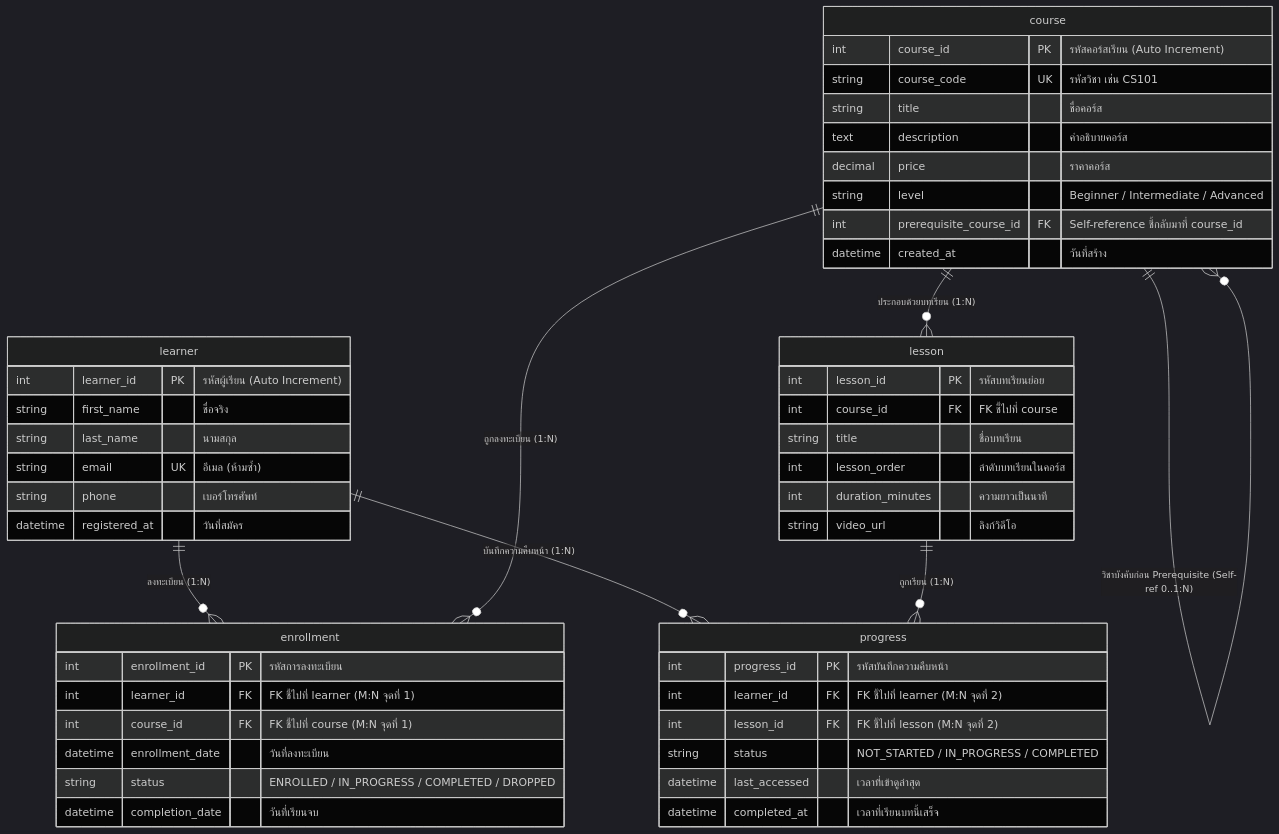
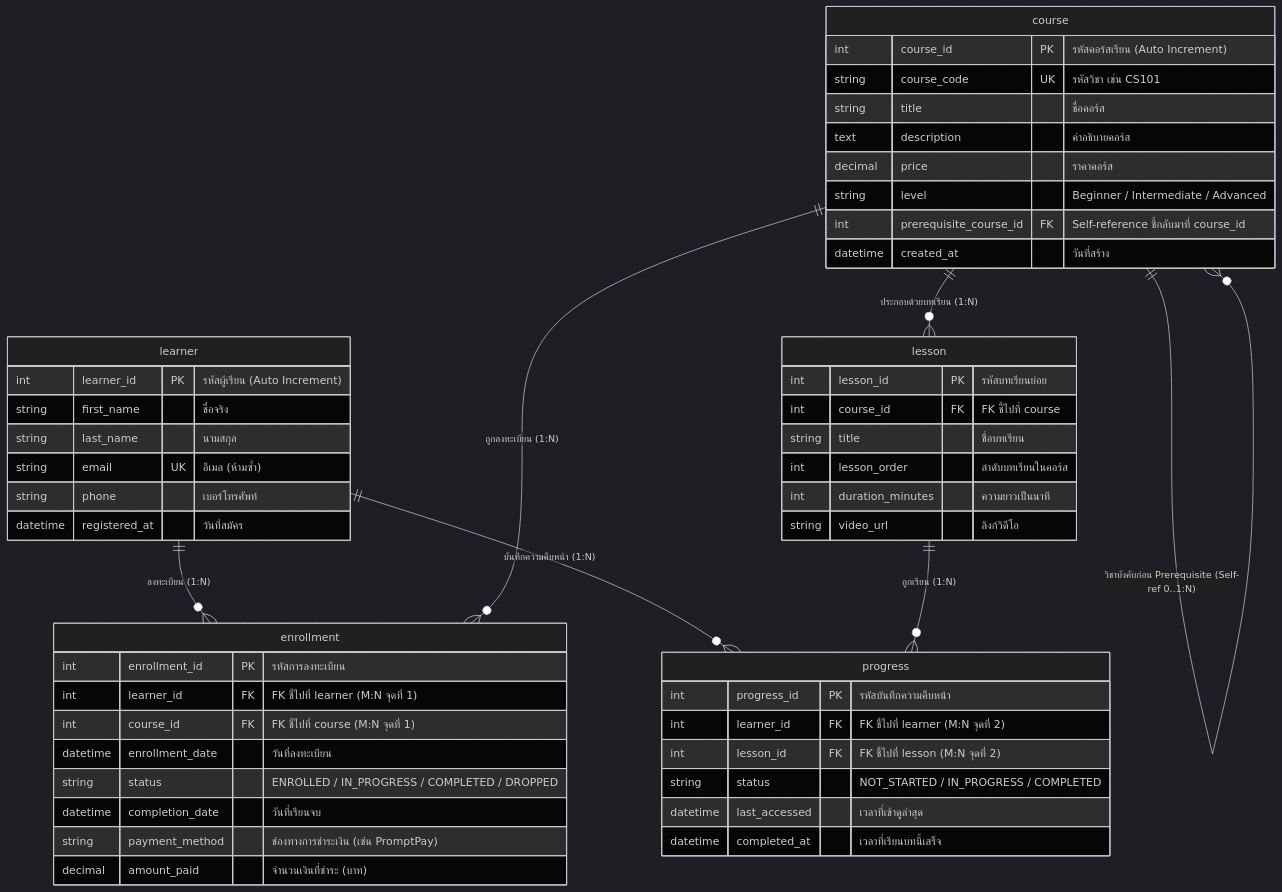
The diagram in README.md (informcs/course-online-68), drawn with Mermaid (dark theme) before and after one commit. The commit also changed other lines of this file, not shown here.

Commit message:
Sync README with actual system: payment columns in ER, 8 templates, money-management page, .env setup

````diff
--- a/README.md
+++ b/README.md
@@ -75,56 +81,58 @@
 ```mermaid
 erDiagram
     learner ||--o{ enrollment : "ลงทะเบียน (1:N)"
     course ||--o{ enrollment : "ถูกลงทะเบียน (1:N)"
     course ||--o{ lesson : "ประกอบด้วยบทเรียน (1:N)"
     course ||--o{ course : "วิชาบังคับก่อน Prerequisite (Self-ref 0..1:N)"
     learner ||--o{ progress : "บันทึกความคืบหน้า (1:N)"
     lesson ||--o{ progress : "ถูกเรียน (1:N)"
 
     learner {
         int learner_id PK "รหัสผู้เรียน (Auto Increment)"
         string first_name "ชื่อจริง"
         string last_name "นามสกุล"
         string email UK "อีเมล (ห้ามซ้ำ)"
         string phone "เบอร์โทรศัพท์"
         datetime registered_at "วันที่สมัคร"
     }
 
     course {
         int course_id PK "รหัสคอร์สเรียน (Auto Increment)"
         string course_code UK "รหัสวิชา เช่น CS101"
         string title "ชื่อคอร์ส"
         text description "คำอธิบายคอร์ส"
         decimal price "ราคาคอร์ส"
         string level "Beginner / Intermediate / Advanced"
         int prerequisite_course_id FK "Self-reference ชี้กลับมาที่ course_id"
         datetime created_at "วันที่สร้าง"
     }
 
     lesson {
         int lesson_id PK "รหัสบทเรียนย่อย"
         int course_id FK "FK ชี้ไปที่ course"
         string title "ชื่อบทเรียน"
         int lesson_order "ลำดับบทเรียนในคอร์ส"
         int duration_minutes "ความยาวเป็นนาที"
         string video_url "ลิงก์วิดีโอ"
     }
 
     enrollment {
         int enrollment_id PK "รหัสการลงทะเบียน"
         int learner_id FK "FK ชี้ไปที่ learner (M:N จุดที่ 1)"
         int course_id FK "FK ชี้ไปที่ course (M:N จุดที่ 1)"
         datetime enrollment_date "วันที่ลงทะเบียน"
         string status "ENROLLED / IN_PROGRESS / COMPLETED / DROPPED"
         datetime completion_date "วันที่เรียนจบ"
+        string payment_method "ช่องทางการชำระเงิน (เช่น PromptPay)"
+        decimal amount_paid "จำนวนเงินที่ชำระ (บาท)"
     }
 
     progress {
         int progress_id PK "รหัสบันทึกความคืบหน้า"
         int learner_id FK "FK ชี้ไปที่ learner (M:N จุดที่ 2)"
         int lesson_id FK "FK ชี้ไปที่ lesson (M:N จุดที่ 2)"
         string status "NOT_STARTED / IN_PROGRESS / COMPLETED"
         datetime last_accessed "เวลาที่เข้าดูล่าสุด"
         datetime completed_at "เวลาที่เรียนบทนี้เสร็จ"
     }
 ```
````
